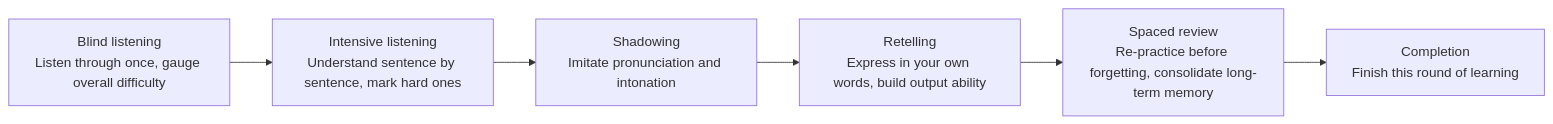
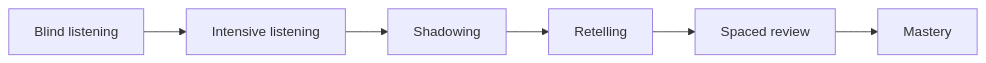
Before and after one commit to CrazyForks/Echo-Loop: the diagram in README.en.md, drawn with Mermaid. The commit also changed other lines of this file and 9 other files, not shown here.

````diff
--- a/README.en.md
+++ b/README.en.md
@@ -111,8 +76,8 @@
 ```mermaid
 flowchart LR
-  A[Blind listening<br/>Listen through once, gauge overall difficulty] --> B[Intensive listening<br/>Understand sentence by sentence, mark hard ones]
-  B --> C[Shadowing<br/>Imitate pronunciation and intonation]
-  C --> D[Retelling<br/>Express in your own words, build output ability]
-  D --> E[Spaced review<br/>Re-practice before forgetting, consolidate long-term memory]
-  E --> F[Completion<br/>Finish this round of learning]
+  A[Blind listening] --> B[Intensive listening]
+  B --> C[Shadowing]
+  C --> D[Retelling]
+  D --> E[Spaced review]
+  E --> F[Mastery]
 ```
````
